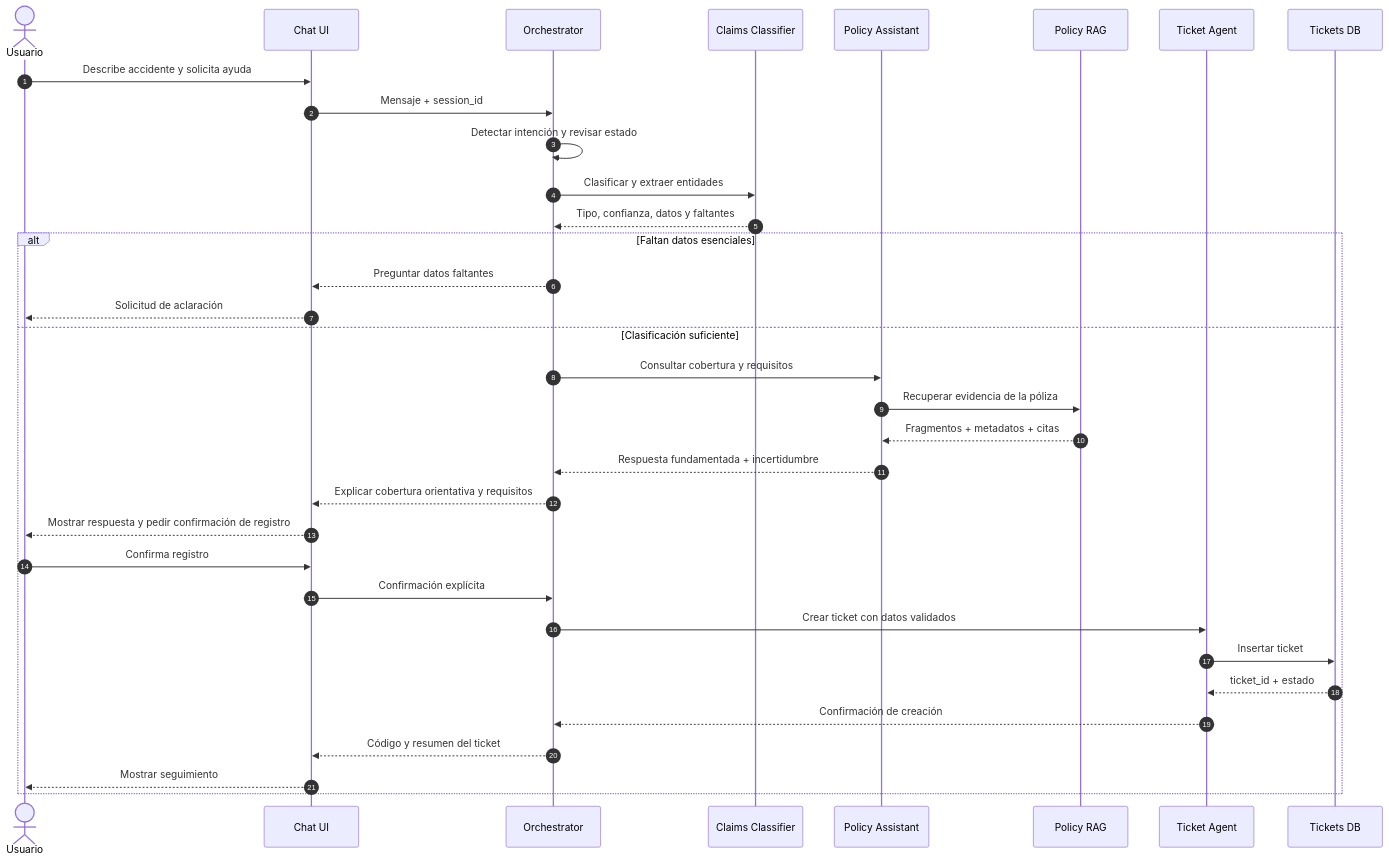
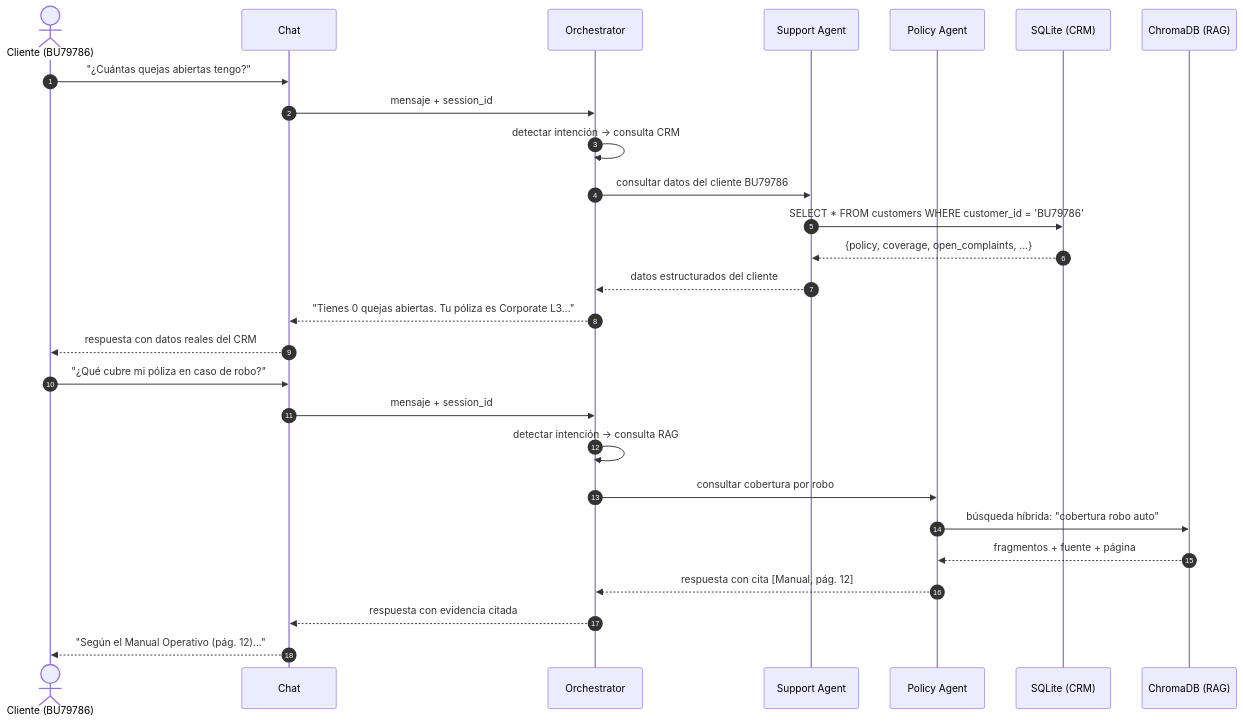
One commit to Ael-Dev/AI-ASSISTANT-INSURANCE changed the third of 3 diagrams in AI-ASSISTANT-INSURANCE-Agentic-RAG-Architecture.md. Above: the diagram before and after it, drawn with Mermaid. The commit also changed other lines of this file and 45 other files, not shown here.

Commit message:
feat: arquitectura actualizada — Diagrama A/B + docs coherentes con CRM+RAG

````diff
--- a/AI-ASSISTANT-INSURANCE-Agentic-RAG-Architecture.md
+++ b/AI-ASSISTANT-INSURANCE-Agentic-RAG-Architecture.md
@@ -94,38 +189,31 @@
 ```mermaid
 sequenceDiagram
     autonumber
-    actor User as Usuario
-    participant UI as Chat UI
+    actor User as Cliente (BU79786)
+    participant UI as Chat
     participant O as Orchestrator
-    participant C as Claims Classifier
-    participant P as Policy Assistant
-    participant R as Policy RAG
-    participant T as Ticket Agent
-    participant DB as Tickets DB
+    participant S as Support Agent
+    participant P as Policy Agent
+    participant DB as SQLite (CRM)
+    participant V as ChromaDB (RAG)
 
-    User->>UI: Describe accidente y solicita ayuda
-    UI->>O: Mensaje + session_id
-    O->>O: Detectar intención y revisar estado
-    O->>C: Clasificar y extraer entidades
-    C-->>O: Tipo, confianza, datos y faltantes
+    User->>UI: "¿Cuántas quejas abiertas tengo?"
+    UI->>O: mensaje + session_id
+    O->>O: detectar intención → consulta CRM
+    O->>S: consultar datos del cliente BU79786
+    S->>DB: SELECT * FROM customers WHERE customer_id = 'BU79786'
+    DB-->>S: {policy, coverage, open_complaints, ...}
+    S-->>O: datos estructurados del cliente
+    O-->>UI: "Tienes 0 quejas abiertas. Tu póliza es Corporate L3..."
+    UI-->>User: respuesta con datos reales del CRM
 
-    alt Faltan datos esenciales
-        O-->>UI: Preguntar datos faltantes
-        UI-->>User: Solicitud de aclaración
-    else Clasificación suficiente
-        O->>P: Consultar cobertura y requisitos
-        P->>R: Recuperar evidencia de la póliza
-        R-->>P: Fragmentos + metadatos + citas
-        P-->>O: Respuesta fundamentada + incertidumbre
-        O-->>UI: Explicar cobertura orientativa y requisitos
-        UI-->>User: Mostrar respuesta y pedir confirmación de registro
-        User->>UI: Confirma registro
-        UI->>O: Confirmación explícita
-        O->>T: Crear ticket con datos validados
-        T->>DB: Insertar ticket
-        DB-->>T: ticket_id + estado
-        T-->>O: Confirmación de creación
-        O-->>UI: Código y resumen del ticket
-        UI-->>User: Mostrar seguimiento
-    end
+    User->>UI: "¿Qué cubre mi póliza en caso de robo?"
+    UI->>O: mensaje + session_id
+    O->>O: detectar intención → consulta RAG
+    O->>P: consultar cobertura por robo
+    P->>V: búsqueda híbrida: "cobertura robo auto"
+    V-->>P: fragmentos + fuente + página
+    P-->>O: respuesta con cita [Manual, pág. 12]
+    O-->>UI: respuesta con evidencia citada
+    UI-->>User: "Según el Manual Operativo (pág. 12)..."
 ```
````
